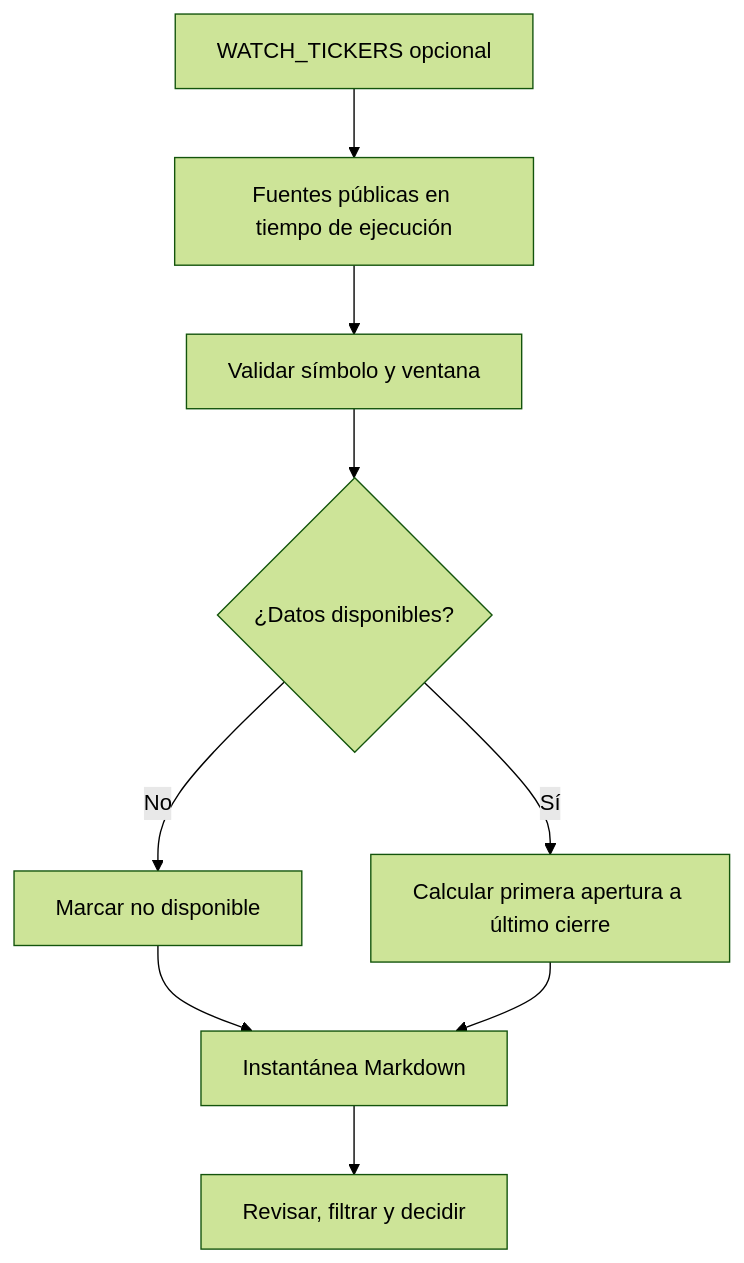
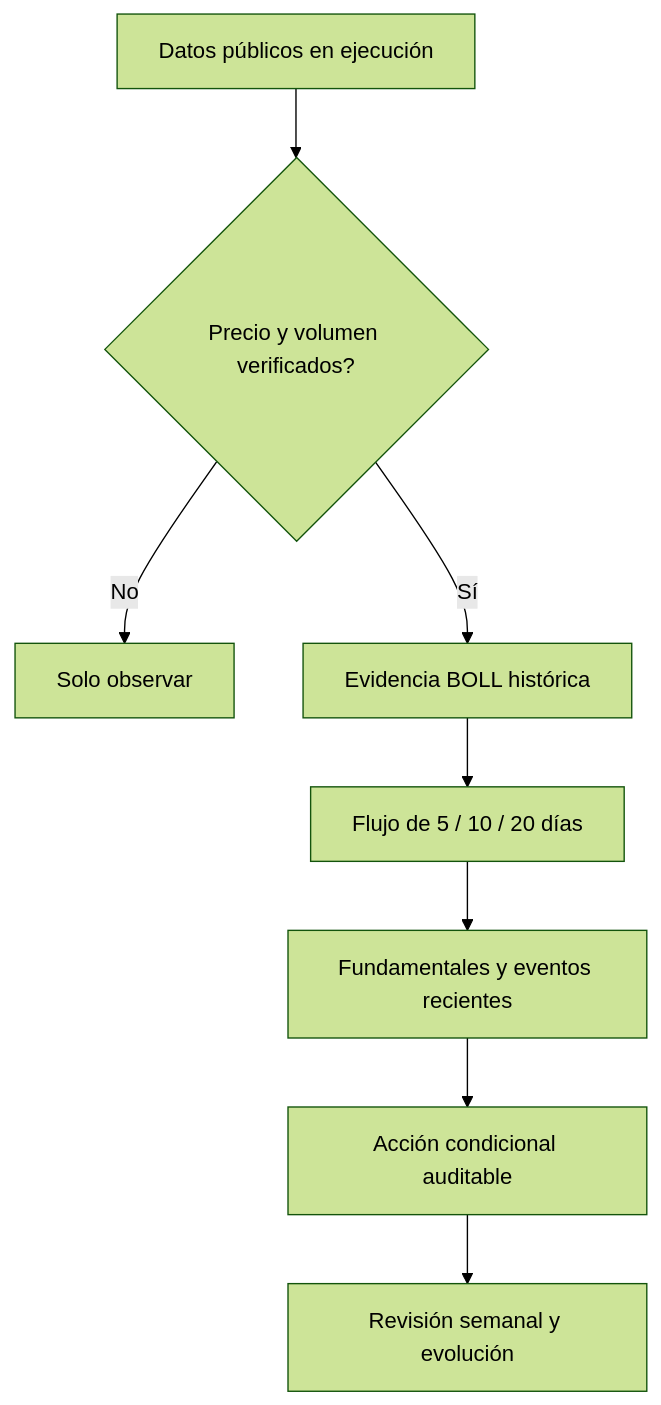
One commit to marqosjiang-gif/A-Share-Antifragile-Trading-Loop changed the diagram in docs/README.es.md. Above: the diagram before and after it, drawn with Mermaid (forest theme). The commit also changed other lines of this file and 14 other files, not shown here.

````diff
--- a/docs/README.es.md
+++ b/docs/README.es.md
@@ -78,11 +83,10 @@
-~~~mermaid
+```mermaid
 flowchart TD
-    A["WATCH_TICKERS opcional"] --> B["Fuentes públicas en tiempo de ejecución"]
-    B --> C["Validar símbolo y ventana"]
-    C --> D{"¿Datos disponibles?"}
-    D -- No --> E["Marcar no disponible"]
-    D -- Sí --> F["Calcular primera apertura a último cierre"]
-    E --> G["Instantánea Markdown"]
-    F --> G
-    G --> H["Revisar, filtrar y decidir"]
-~~~
+    A["Datos públicos en ejecución"] --> B{"Precio y volumen verificados?"}
+    B -- No --> C["Solo observar"]
+    B -- Sí --> D["Evidencia BOLL histórica"]
+    D --> E["Flujo de 5 / 10 / 20 días"]
+    E --> F["Fundamentales y eventos recientes"]
+    F --> G["Acción condicional auditable"]
+    G --> H["Revisión semanal y evolución"]
+```
````
